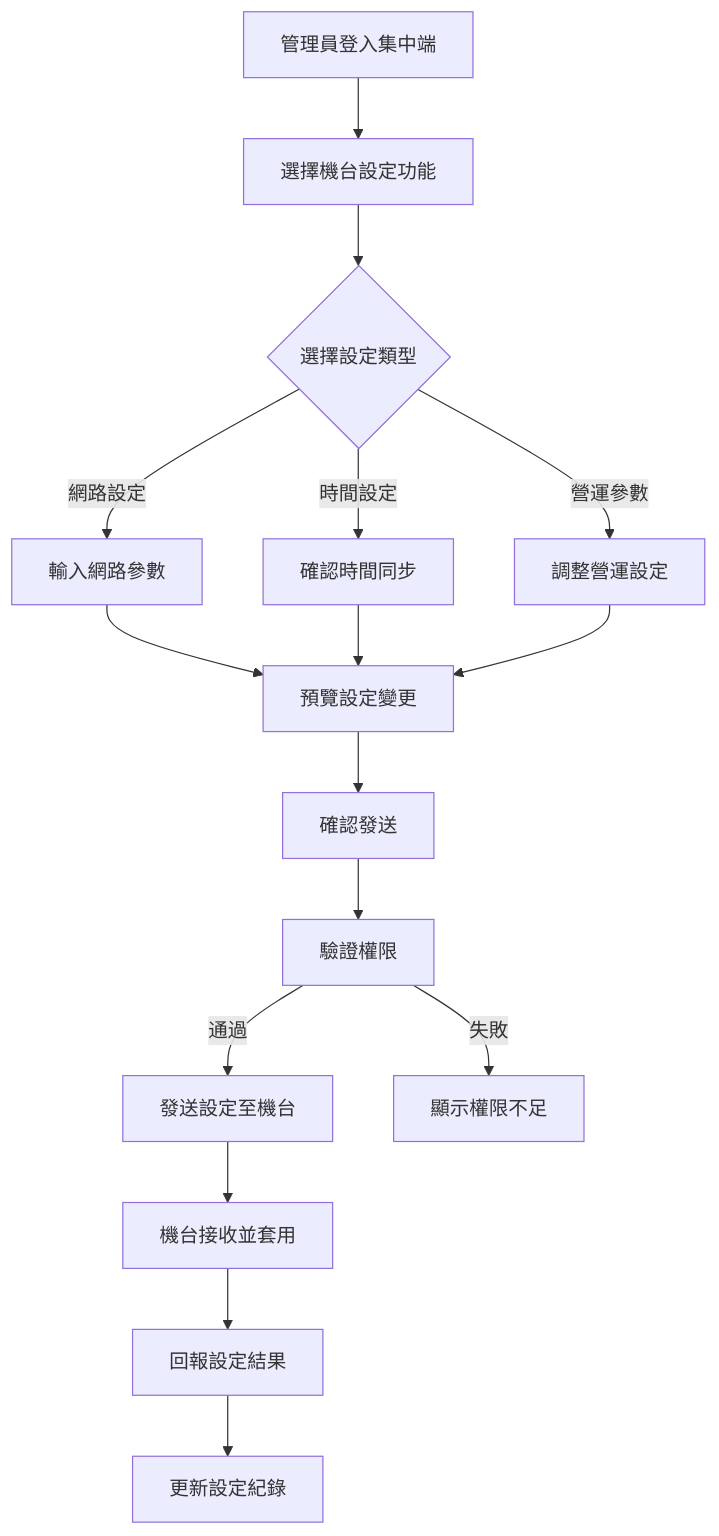
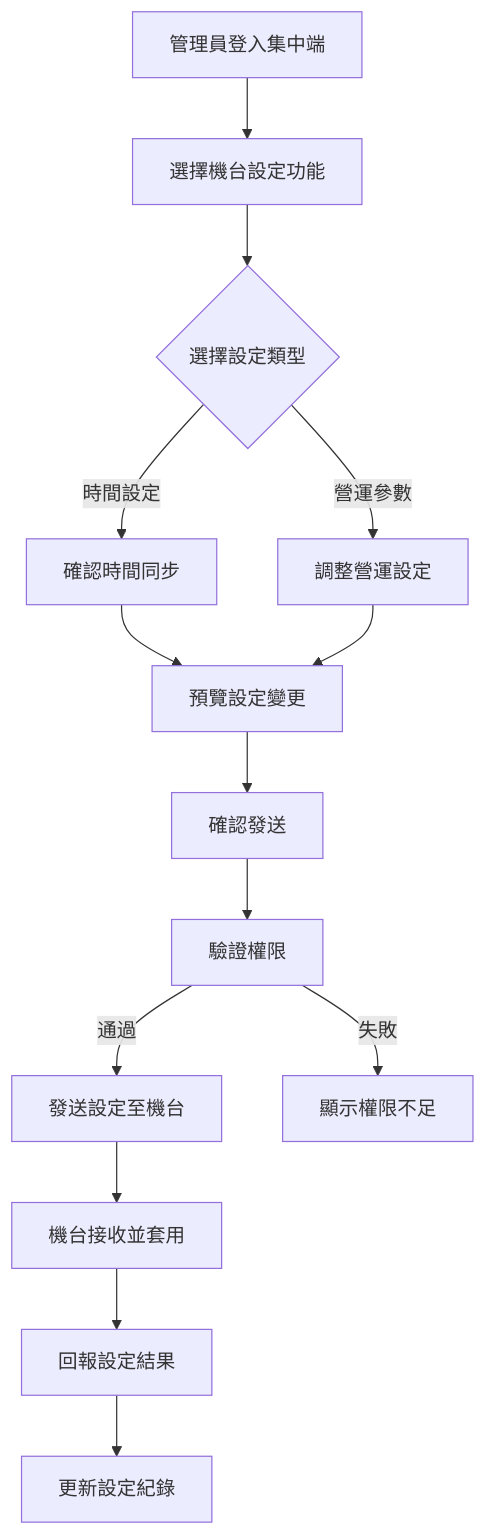
One commit to dimx9173/project_game changed the diagram in md/v8/feature_docs/central/[CM02]機台管理/[C14]機台設定.md. Above: the diagram before and after it, drawn with Mermaid. The commit also changed other lines of this file and 8 other files, not shown here.

````diff
--- a/md/v8/feature_docs/central/[CM02]機台管理/[C14]機台設定.md
+++ b/md/v8/feature_docs/central/[CM02]機台管理/[C14]機台設定.md
@@ -23,18 +22,16 @@
 ```mermaid
 flowchart TD
     A[管理員登入集中端] --> B[選擇機台設定功能]
     B --> C{選擇設定類型}
-    C -->|網路設定| D[輸入網路參數]
     C -->|時間設定| E[確認時間同步]
     C -->|營運參數| F[調整營運設定]
-    D --> G[預覽設定變更]
-    E --> G
+    E --> G[預覽設定變更]
     F --> G
     G --> H[確認發送]
     H --> I[驗證權限]
     I -->|通過| J[發送設定至機台]
     I -->|失敗| K[顯示權限不足]
     J --> L[機台接收並套用]
     L --> M[回報設定結果]
     M --> N[更新設定紀錄]
 ```
````
